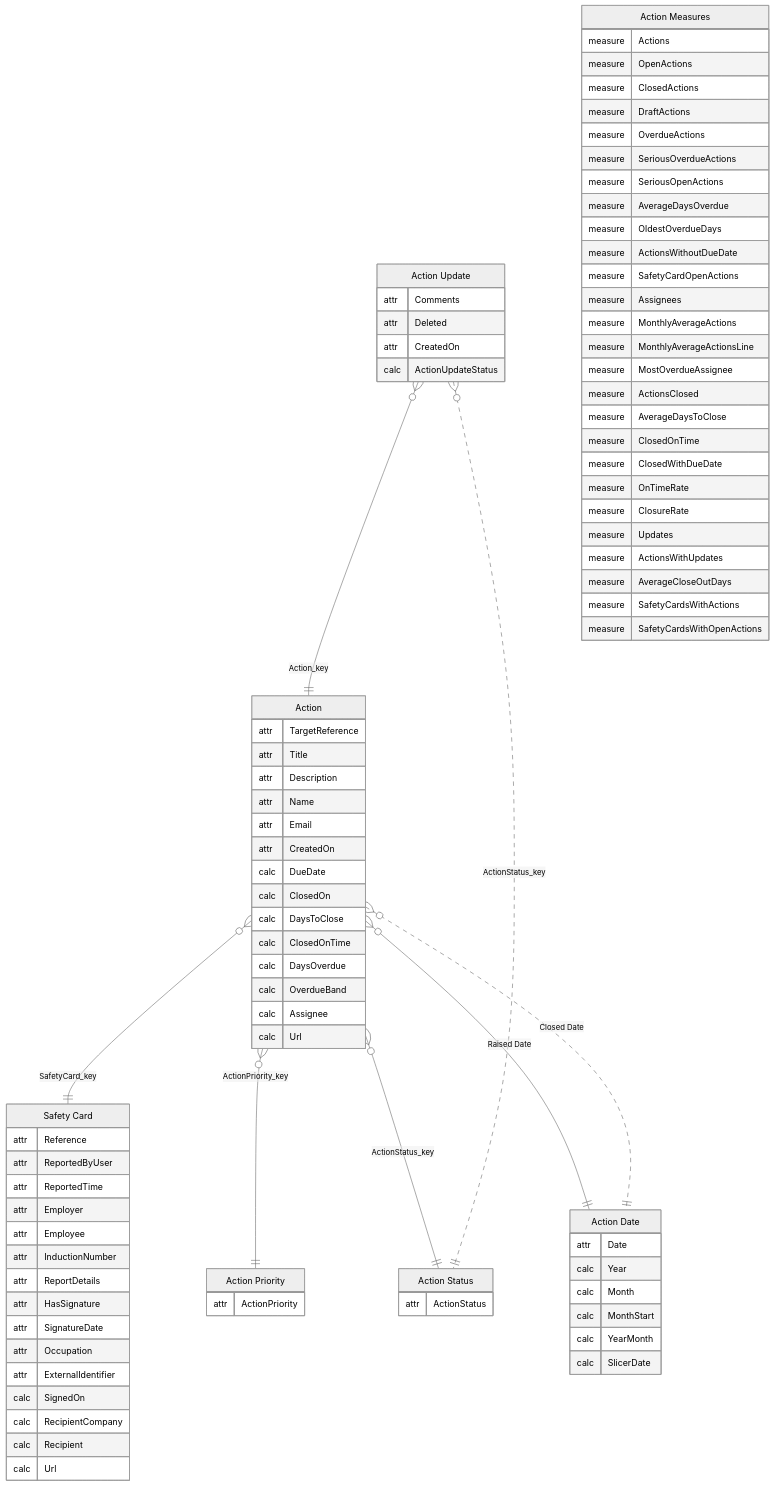
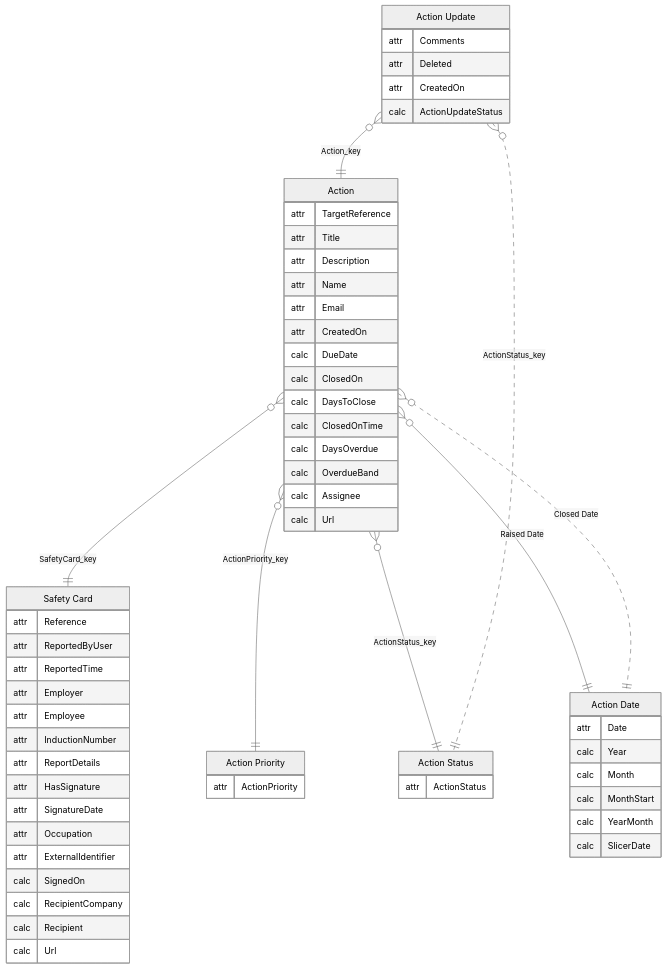
Before and after one commit to work-wallet/BIClient: the third of 3 diagrams in PowerBISamplesModels/SafetyCards.md, drawn with Mermaid. The commit also changed 17 other files, not shown here.

```diff
--- a/PowerBISamplesModels/SafetyCards.md
+++ b/PowerBISamplesModels/SafetyCards.md
@@ -183,34 +194,6 @@
         calc Recipient
         calc Url
     }
-    "Action Measures" {
-        measure Actions
-        measure OpenActions
-        measure ClosedActions
-        measure DraftActions
-        measure OverdueActions
-        measure SeriousOverdueActions
-        measure SeriousOpenActions
-        measure AverageDaysOverdue
-        measure OldestOverdueDays
-        measure ActionsWithoutDueDate
-        measure SafetyCardOpenActions
-        measure Assignees
-        measure MonthlyAverageActions
-        measure MonthlyAverageActionsLine
-        measure MostOverdueAssignee
-        measure ActionsClosed
-        measure AverageDaysToClose
-        measure ClosedOnTime
-        measure ClosedWithDueDate
-        measure OnTimeRate
-        measure ClosureRate
-        measure Updates
-        measure ActionsWithUpdates
-        measure AverageCloseOutDays
-        measure SafetyCardsWithActions
-        measure SafetyCardsWithOpenActions
-    }
     "Action" }o--|| "Safety Card" : "SafetyCard_key"
     "Action" }o--|| "Action Priority" : "ActionPriority_key"
     "Action" }o--|| "Action Status" : "ActionStatus_key"
```
